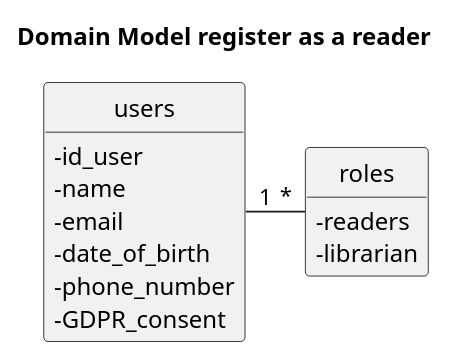
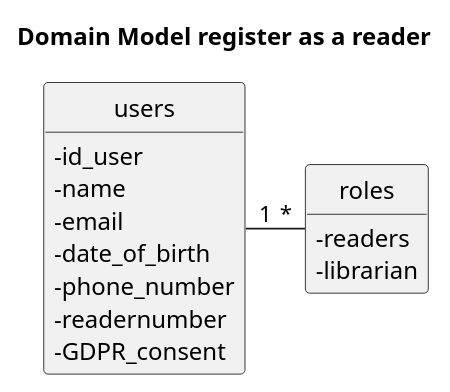
Before and after one commit to GODinho211/psoft-project-G2: the diagram in docs/Phase_1/WP_3A/US011/US011-DM.puml, drawn with PlantUML. The commit also changed 8 other files, not shown here.

```diff
--- a/docs/Phase_1/WP_3A/US011/US011-DM.puml
+++ b/docs/Phase_1/WP_3A/US011/US011-DM.puml
@@ -1,31 +1,32 @@
 @startuml
 'https://plantuml.com/class-diagram
 hide circle
 skinparam classAttributeIconSize 0
 hide methods
 
 title Domain Model register as a reader
 
 class users {
 
     - id_user
     - name
     - email
     - date_of_birth
     - phone_number
+    - readernumber
     - GDPR_consent
 
 }
 
 class roles {
 
     - readers
     - librarian
 
 }
 
 
 users "1" -right-- "*" roles
 
 
 @enduml
```
